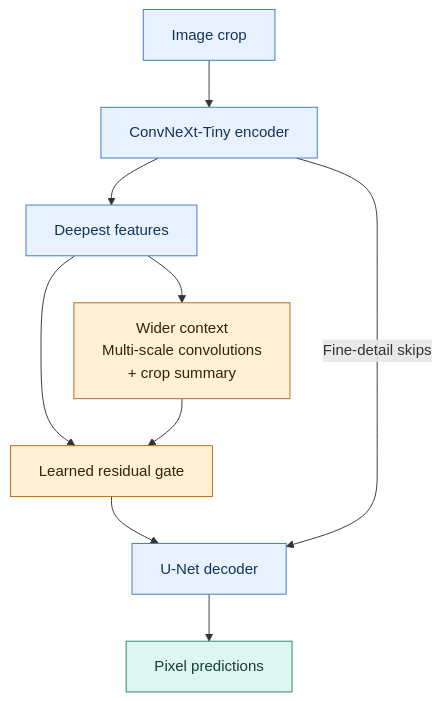
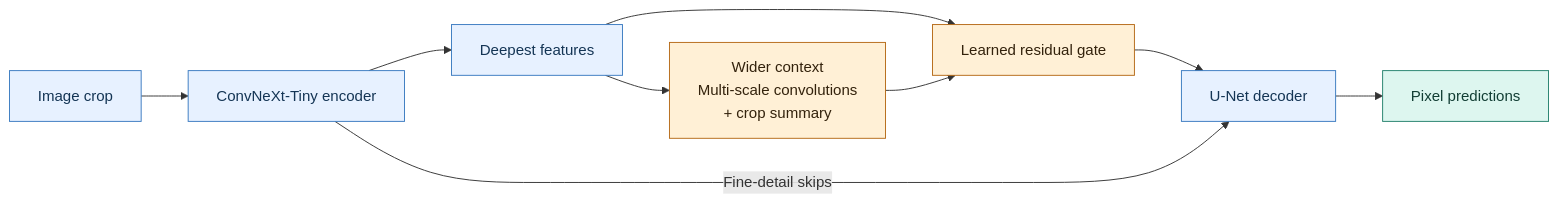
Before and after one commit to ikjoo5/solar_filament: the second of 2 diagrams in README.md, drawn with Mermaid. The commit also changed other lines of this file, not shown here.

````diff
--- a/README.md
+++ b/README.md
@@ -59,17 +47,17 @@
 ```mermaid
-flowchart TD
+flowchart LR
     I["Image crop"] --> E["ConvNeXt-Tiny encoder"]
     E --> F["Deepest features"]
     F --> C["Wider context<br/>Multi-scale convolutions<br/>+ crop summary"]
     F --> G["Learned residual gate"]
     C --> G
     G --> D["U-Net decoder"]
     E -->|"Fine-detail skips"| D
     D --> M["Pixel predictions"]
     classDef base fill:#e7f1ff,stroke:#397ac0,color:#143555
     classDef context fill:#fff0d6,stroke:#b56916,color:#33220c
     classDef output fill:#ddf6ef,stroke:#23816c,color:#123e34
     class I,E,F,D base
     class C,G context
     class M output
 ```
````
